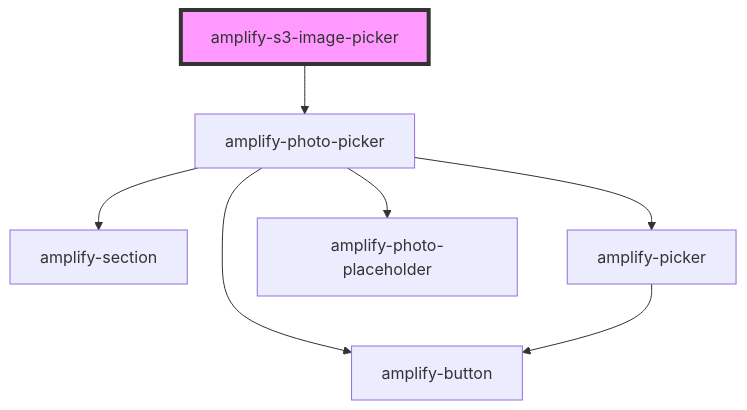
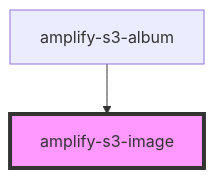
The diagram in packages/amplify-ui-components/src/components/amplify-s3-image/readme.md (OneDev0411/amplify-js), drawn with Mermaid before and after one commit. The commit also changed other lines of this file and 7 other files, not shown here.

````diff
--- a/packages/amplify-ui-components/src/components/amplify-s3-image/readme.md
+++ b/packages/amplify-ui-components/src/components/amplify-s3-image/readme.md
@@ -33,10 +29,5 @@
 ```mermaid
 graph TD;
-  amplify-s3-image-picker --> amplify-photo-picker
-  amplify-photo-picker --> amplify-section
-  amplify-photo-picker --> amplify-picker
-  amplify-photo-picker --> amplify-photo-placeholder
-  amplify-photo-picker --> amplify-button
-  amplify-picker --> amplify-button
-  style amplify-s3-image-picker fill:#f9f,stroke:#333,stroke-width:4px
+  amplify-s3-album --> amplify-s3-image
+  style amplify-s3-image fill:#f9f,stroke:#333,stroke-width:4px
 ```
````
